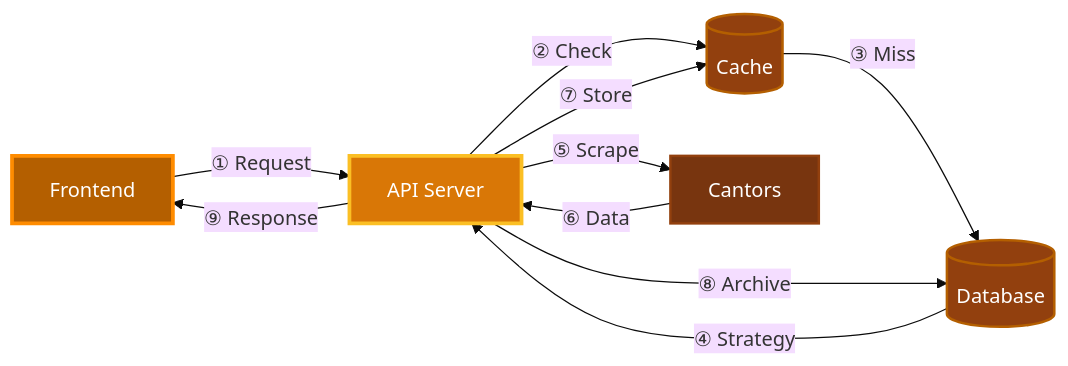
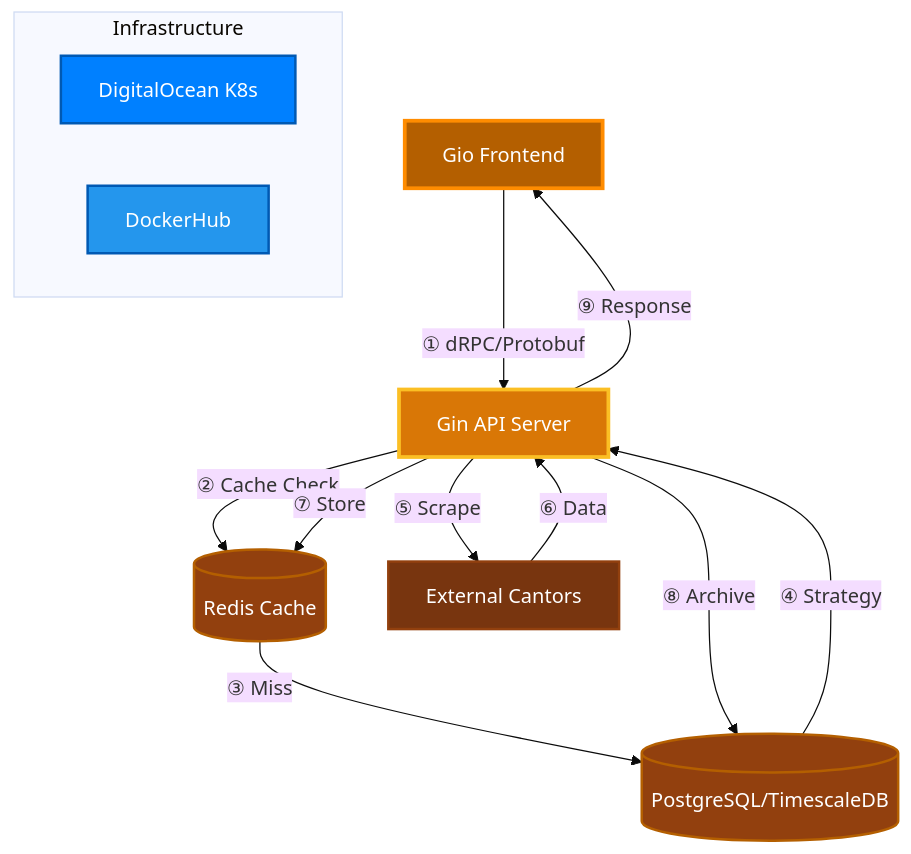
One commit to Niutaq/Gix changed the diagram in README.md. Above: the diagram before and after it, drawn with Mermaid (base theme). The commit also changed other lines of this file and 4 other files, not shown here.

````diff
--- a/README.md
+++ b/README.md
@@ -22,18 +17,25 @@
 ```mermaid
-graph LR
-    A[Frontend] -->|① Request| B[API Server]
-    B -->|② Check| C[(Cache)]
-    C -->|③ Miss| D[(Database)]
+graph TD
+    A[Gio Frontend] -->|① dRPC/Protobuf| B[Gin API Server]
+    B -->|② Cache Check| C[(Redis Cache)]
+    C -->|③ Miss| D[(PostgreSQL/TimescaleDB)]
     D -->|④ Strategy| B
-    B -->|⑤ Scrape| E[Cantors]
+    B -->|⑤ Scrape| E[External Cantors]
     E -->|⑥ Data| B
     B -->|⑦ Store| C
     B -->|⑧ Archive| D
     B -->|⑨ Response| A
     
+    subgraph Infrastructure
+    F[DigitalOcean K8s]
+    G[DockerHub]
+    end
+
     style A fill:#b45f00,stroke:#ff8c00,stroke-width:3px,color:#fff
     style B fill:#d97706,stroke:#fbbf24,stroke-width:3px,color:#fff
     style C fill:#92400e,stroke:#b45f00,stroke-width:2px,color:#fff
     style D fill:#92400e,stroke:#b45f00,stroke-width:2px,color:#fff
     style E fill:#78350f,stroke:#92400e,stroke-width:2px,color:#fff
+    style F fill:#0080FF,stroke:#0059b3,stroke-width:2px,color:#fff
+    style G fill:#2496ED,stroke:#0059b3,stroke-width:2px,color:#fff
 ```
````
